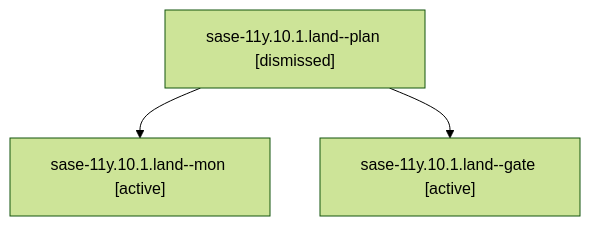
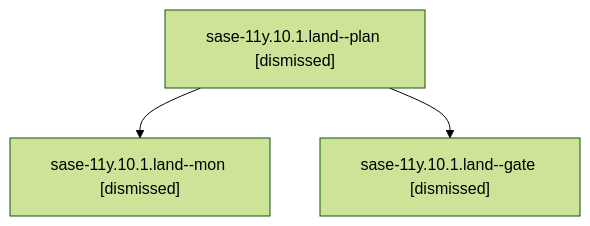
One commit to sase-org/sase--agents changed the diagram in sessions/bbugyi200.athena.sase-11y.10.1.land.md. Above: the diagram before and after it, drawn with Mermaid (forest theme). The commit also changed other lines of this file and 306 other files, not shown here.

````diff
--- a/sessions/bbugyi200.athena.sase-11y.10.1.land.md
+++ b/sessions/bbugyi200.athena.sase-11y.10.1.land.md
@@ -9,8 +9,8 @@
 ```mermaid
 flowchart TD
   n0["sase-11y.10.1.land--plan [dismissed]"]
-  n1["sase-11y.10.1.land--mon [active]"]
+  n1["sase-11y.10.1.land--mon [dismissed]"]
   n0 --> n1
-  n2["sase-11y.10.1.land--gate [active]"]
+  n2["sase-11y.10.1.land--gate [dismissed]"]
   n0 --> n2
 ```
````
